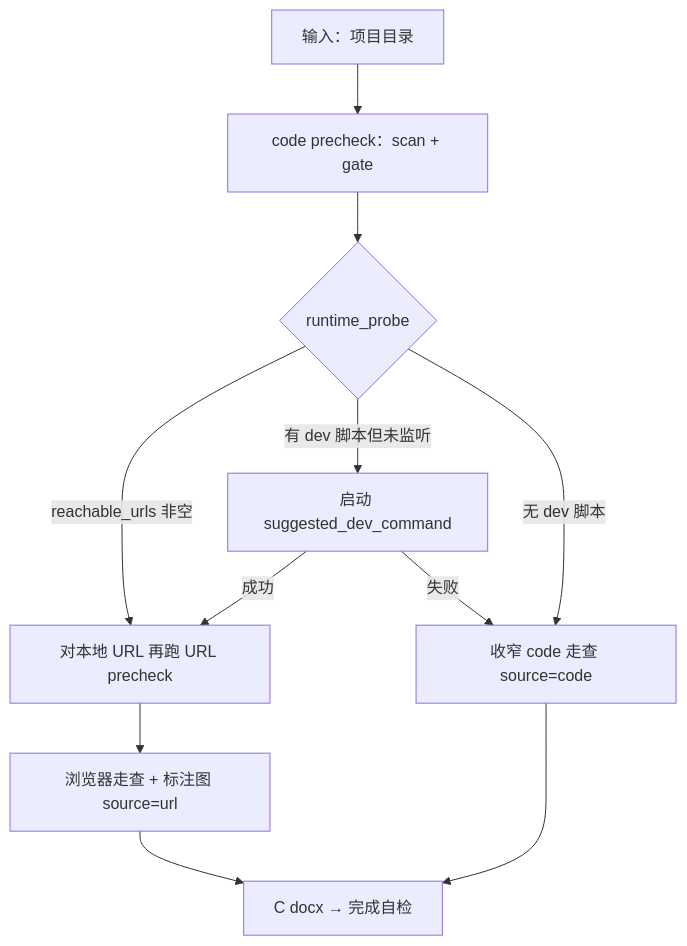
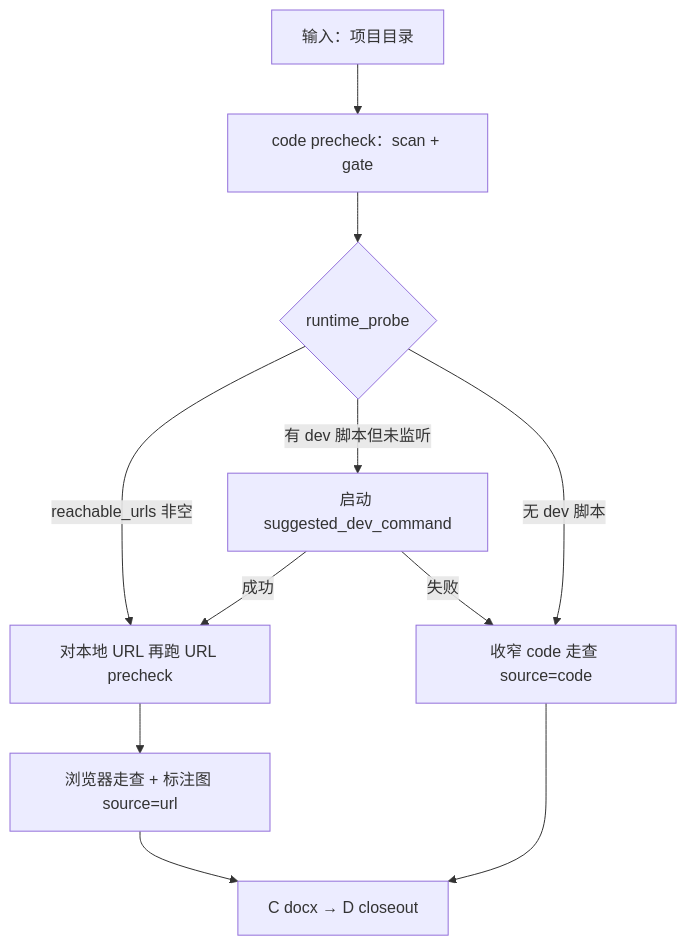
Before and after one commit to XiaoMi/hiui: the diagram in skills/hiui-workflow/ux-walkthrough/references/mode-code.md, drawn with Mermaid. The commit also changed other lines of this file and 42 other files, not shown here.

````diff
--- a/skills/hiui-workflow/ux-walkthrough/references/mode-code.md
+++ b/skills/hiui-workflow/ux-walkthrough/references/mode-code.md
@@ -11,13 +11,13 @@
 ```mermaid
 flowchart TD
     A[输入：项目目录] --> B[code precheck：scan + gate]
     B --> C{runtime_probe}
     C -->|reachable_urls 非空| D[对本地 URL 再跑 URL precheck]
     D --> E[浏览器走查 + 标注图 source=url]
     C -->|有 dev 脚本但未监听| F[启动 suggested_dev_command]
     F -->|成功| D
     F -->|失败| G[收窄 code 走查 source=code]
     C -->|无 dev 脚本| G
-    E --> H[C docx → 完成自检]
+    E --> H[C docx → D closeout]
     G --> H
 ```
````
